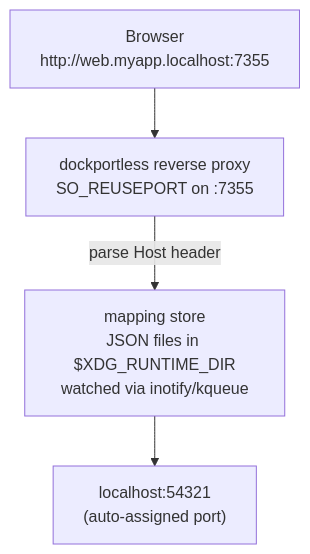
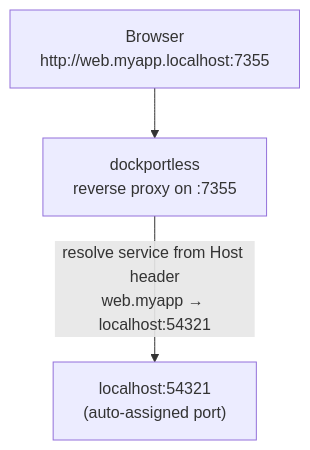
The diagram in README.md (mazrean/dockportless), drawn with Mermaid before and after one commit. The commit also changed other lines of this file, not shown here.

First line of the commit message:
docs: remove implementation details and use mermaid diagram

````diff
--- a/README.md
+++ b/README.md
@@ -169,6 +169,5 @@
 ```mermaid
 flowchart TD
-    A["Browser\nhttp://web.myapp.localhost:7355"] --> B["dockportless reverse proxy\nSO_REUSEPORT on :7355"]
-    B -- "parse Host header" --> C["mapping store\nJSON files in $XDG_RUNTIME_DIR\nwatched via inotify/kqueue"]
-    C --> D["localhost:54321\n(auto-assigned port)"]
+    A["Browser<br/>http://web.myapp.localhost:7355"] --> B["dockportless<br/>reverse proxy on :7355"]
+    B -- "resolve service from Host header<br/>web.myapp → localhost:54321" --> C["localhost:54321<br/>(auto-assigned port)"]
 ```
````
